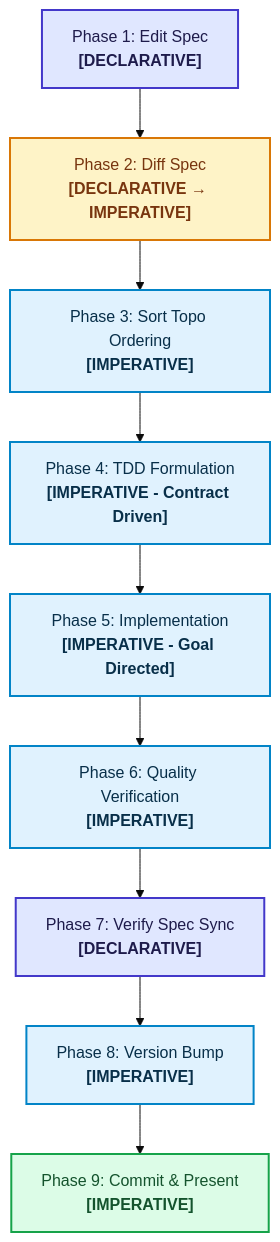
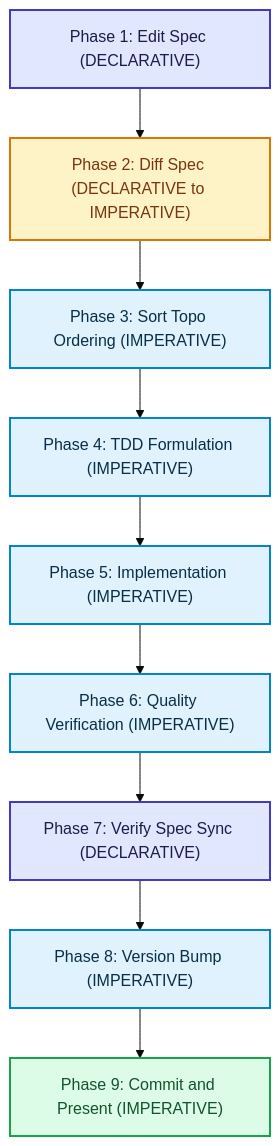
The diagram in docs/how-to/agent-workflow.md (drhodes/libspec), drawn with Mermaid (base theme) before and after one commit. The commit also changed other lines of this file and 6 other files, not shown here.

Commit message:
fix(docs): resolve mermaid 11 syntax errors across documentation diagrams

````diff
--- a/docs/how-to/agent-workflow.md
+++ b/docs/how-to/agent-workflow.md
@@ -25,16 +25,16 @@
 ```mermaid
 flowchart TD
     classDef decl fill:#e0e7ff,stroke:#4338ca,stroke-width:2px,color:#1e1b4b;
     classDef imp fill:#e0f2fe,stroke:#0284c7,stroke-width:2px,color:#082f49;
     classDef bridge fill:#fef3c7,stroke:#d97706,stroke-width:2px,color:#78350f;
     classDef done fill:#dcfce7,stroke:#16a34a,stroke-width:2px,color:#14532d;
 
-    P1["Phase 1: Edit Spec<br/><b>[DECLARATIVE]</b>"]:::decl --> P2["Phase 2: Diff Spec<br/><b>[DECLARATIVE → IMPERATIVE]</b>"]:::bridge
-    P2 --> P3["Phase 3: Sort Topo Ordering<br/><b>[IMPERATIVE]</b>"]:::imp
-    P3 --> P4["Phase 4: TDD Formulation<br/><b>[IMPERATIVE - Contract Driven]</b>"]:::imp
-    P4 --> P5["Phase 5: Implementation<br/><b>[IMPERATIVE - Goal Directed]</b>"]:::imp
-    P5 --> P6["Phase 6: Quality Verification<br/><b>[IMPERATIVE]</b>"]:::imp
-    P6 --> P7["Phase 7: Verify Spec Sync<br/><b>[DECLARATIVE]</b>"]:::decl
-    P7 --> P8["Phase 8: Version Bump<br/><b>[IMPERATIVE]</b>"]:::imp
-    P8 --> P9["Phase 9: Commit & Present<br/><b>[IMPERATIVE]</b>"]:::done
+    P1["Phase 1: Edit Spec (DECLARATIVE)"]:::decl --> P2["Phase 2: Diff Spec (DECLARATIVE to IMPERATIVE)"]:::bridge
+    P2 --> P3["Phase 3: Sort Topo Ordering (IMPERATIVE)"]:::imp
+    P3 --> P4["Phase 4: TDD Formulation (IMPERATIVE)"]:::imp
+    P4 --> P5["Phase 5: Implementation (IMPERATIVE)"]:::imp
+    P5 --> P6["Phase 6: Quality Verification (IMPERATIVE)"]:::imp
+    P6 --> P7["Phase 7: Verify Spec Sync (DECLARATIVE)"]:::decl
+    P7 --> P8["Phase 8: Version Bump (IMPERATIVE)"]:::imp
+    P8 --> P9["Phase 9: Commit and Present (IMPERATIVE)"]:::done
 ```
````
